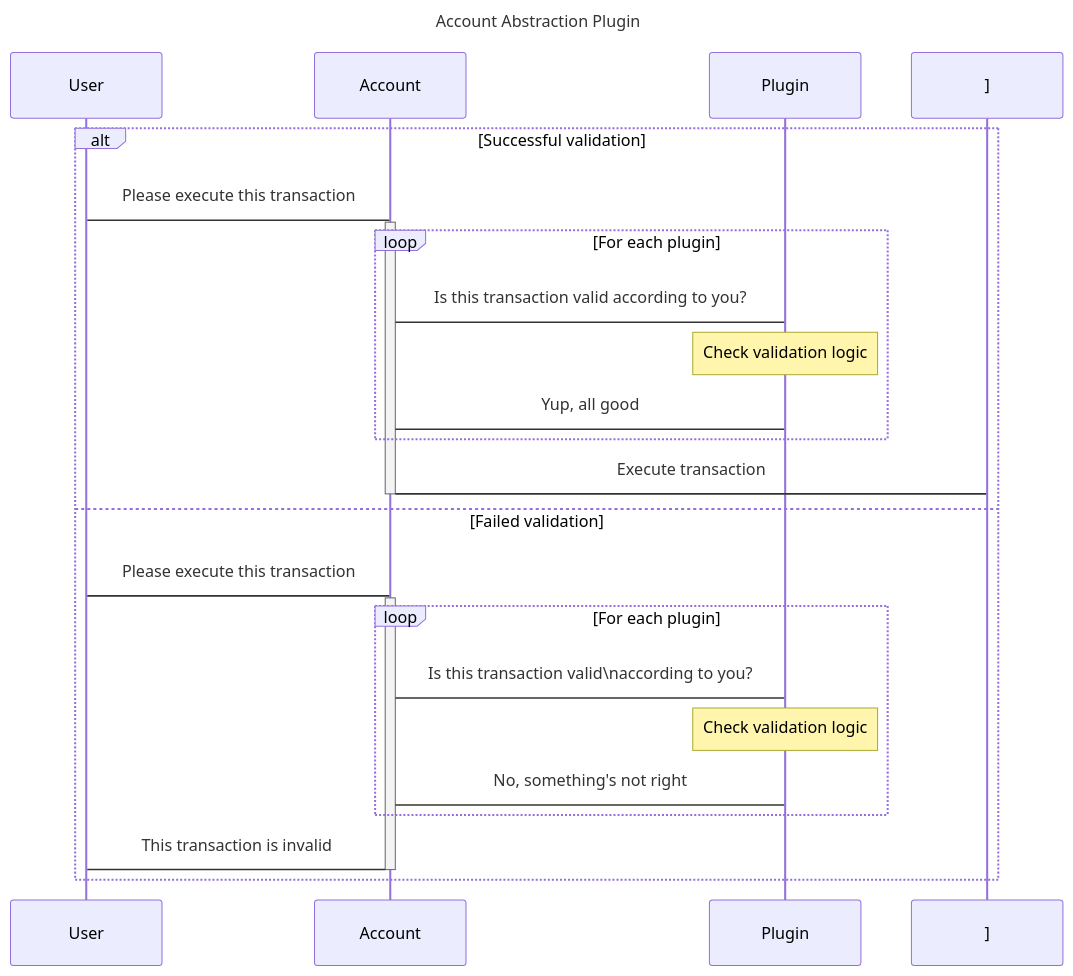
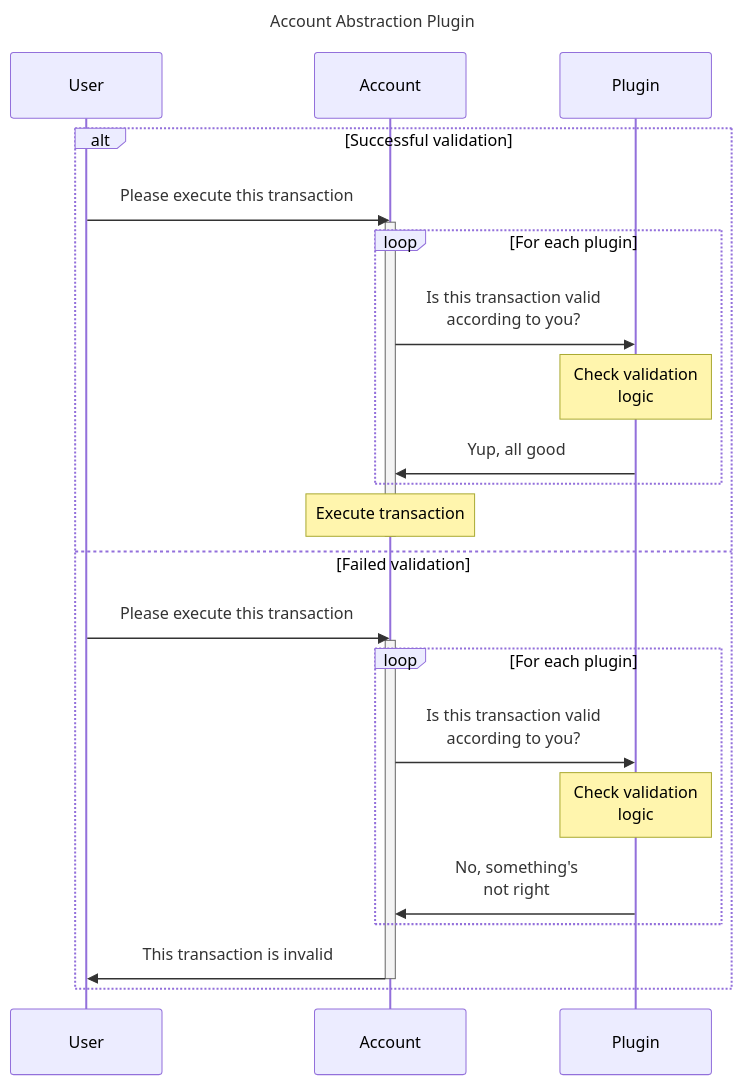
The diagram in README.md (0x3327/layerhack_2022), drawn with Mermaid before and after one commit.

Commit message:
Fix arrow and end direction

````diff
--- a/README.md
+++ b/README.md
@@ -37,29 +37,29 @@
 ```mermaid
 sequenceDiagram
     title Account Abstraction Plugin
 
     alt Successful validation
-    User->Account:Please execute this transaction
+    User->>Account:Please execute this transaction
     activate Account
     loop For each plugin
-        Account->Plugin:Is this transaction valid according to you?
-        Note over Plugin:Check validation logic
-        Plugin->Account:Yup, all good
+        Account->>Plugin:Is this transaction valid<br/>according to you?
+        Note over Plugin:Check validation<br/>logic
+        Plugin->>Account:Yup, all good
     end
-    Account->]:Execute transaction
+    Note over Account:Execute transaction
     deactivate Account
 
     else Failed validation
 
-    User->Account:Please execute this transaction
+    User->>Account:Please execute this transaction
     activate Account
     loop For each plugin
-        Account->Plugin:Is this transaction valid\naccording to you?
-        Note over Plugin:Check validation logic
-        Plugin->Account:No, something's not right
+        Account->>Plugin:Is this transaction valid<br/>according to you?
+        Note over Plugin:Check validation<br/>logic
+        Plugin->>Account:No, something's<br/>not right
     end
-    Account->User:This transaction is invalid
+    Account->>User:This transaction is invalid
     deactivate Account
 
     end
 ```
````
